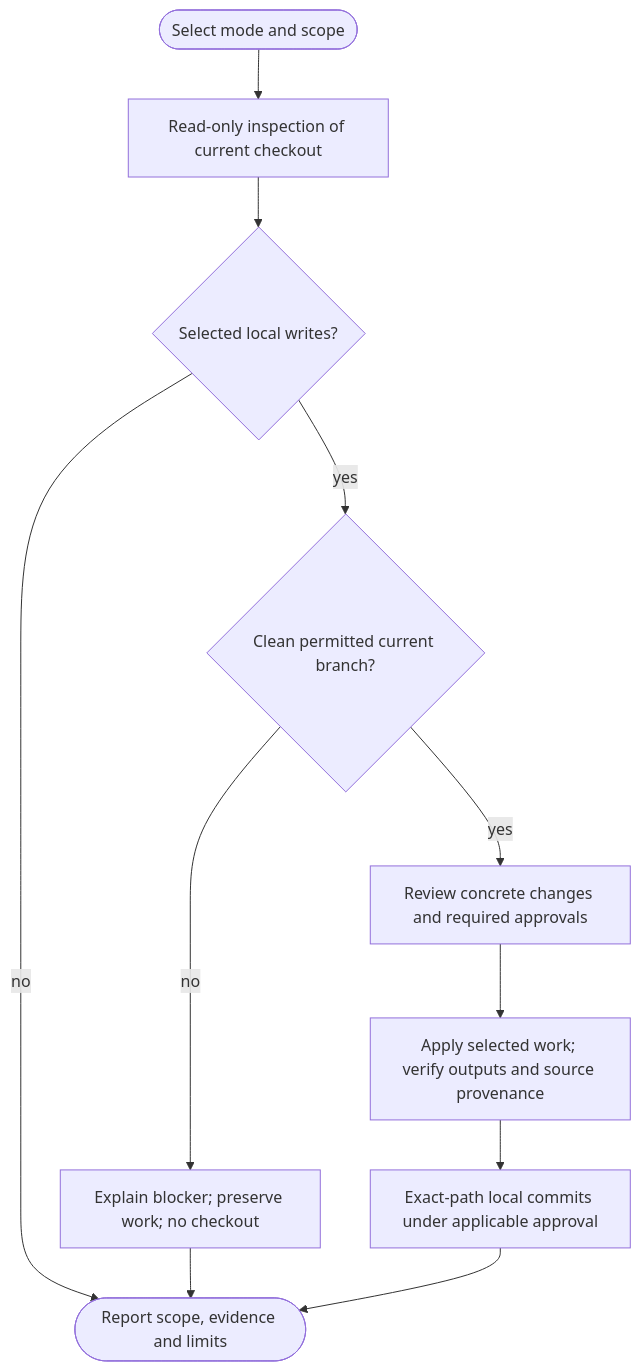
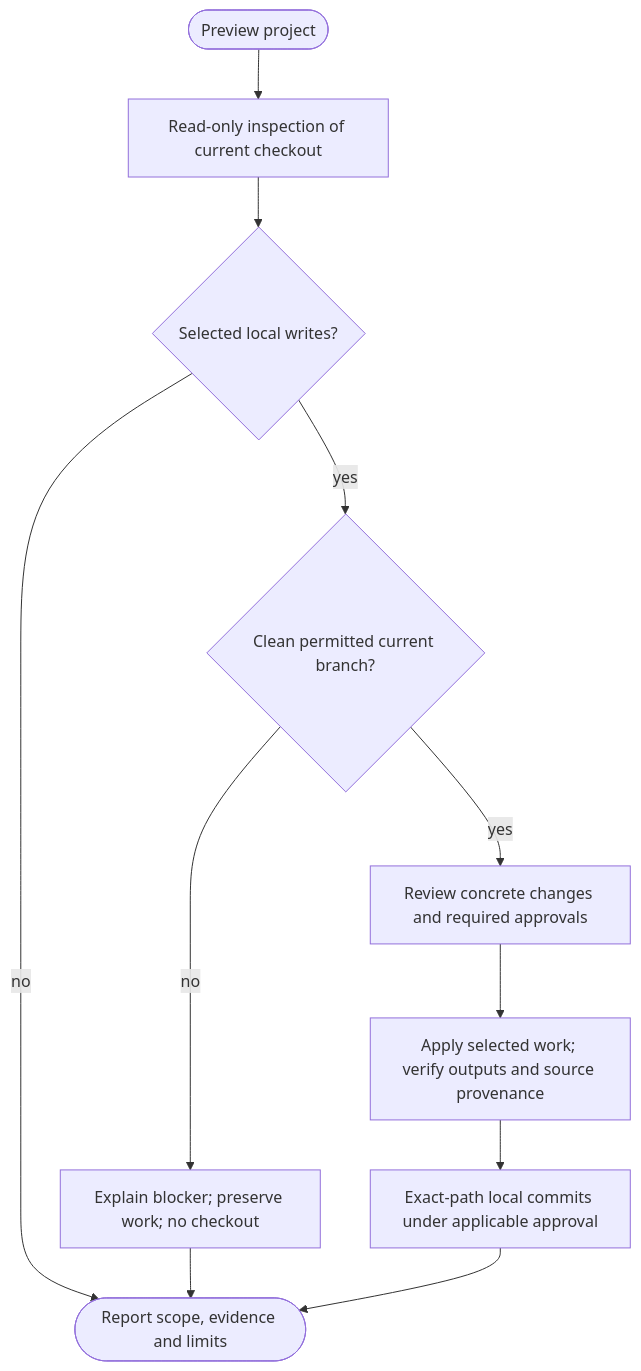
The diagram in docs/commands/refactor.md (myowinthein/agent-helm), drawn with Mermaid before and after one commit. The commit also changed other lines of this file and 21 other files, not shown here.

````diff
--- a/docs/commands/refactor.md
+++ b/docs/commands/refactor.md
@@ -35,13 +31,13 @@
 ```mermaid
 flowchart TD
-  Start([Select mode and scope]) --> Inspect[Read-only inspection of current checkout]
+  Start([Preview project]) --> Inspect[Read-only inspection of current checkout]
   Inspect --> Write{Selected local writes?}
   Write -->|no| Report([Report scope, evidence and limits])
   Write -->|yes| Ready{Clean permitted current branch?}
   Ready -->|no| Block[Explain blocker; preserve work; no checkout]
   Block --> Report
   Ready -->|yes| Review[Review concrete changes and required approvals]
   Review --> Apply[Apply selected work; verify outputs and source provenance]
   Apply --> Commit[Exact-path local commits under applicable approval]
   Commit --> Report
 ```
````
